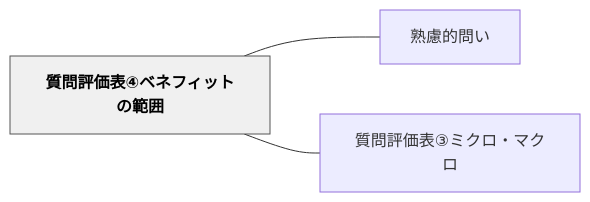
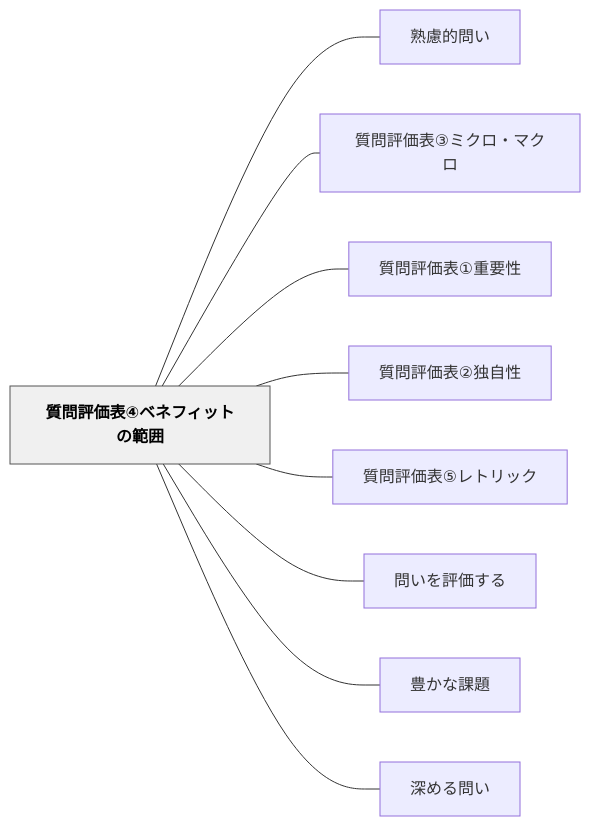
Before and after one commit to unknownthings-ed-patterns/unknownthings-ed-patterns: the diagram in content/パタン/質問評価表④ベネフィットの範囲.md, drawn with Mermaid. The commit also changed other lines of this file and 44 other files, not shown here.

````diff
--- a/content/パタン/質問評価表④ベネフィットの範囲.md
+++ b/content/パタン/質問評価表④ベネフィットの範囲.md
@@ -47,12 +53,24 @@
 ```mermaid
 flowchart LR
     ne8b3aae5958fe8a995e4bea1e8a1a8e291a3e38399e3838de38395e382a3e38383e38388e381aee7af84e59bb2["質問評価表④ベネフィットの範囲"]
     ne7869fe685aee79a84e5958fe38184["熟慮的問い"]
     ne8b3aae5958fe8a995e4bea1e8a1a8e291a2e3839fe382afe383ade383bbe3839ee382afe383ad["質問評価表③ミクロ・マクロ"]
+    ne8b3aae5958fe8a995e4bea1e8a1a8e291a0e9878de8a681e680a7["質問評価表①重要性"]
+    ne8b3aae5958fe8a995e4bea1e8a1a8e291a1e78bace887aae680a7["質問評価表②独自性"]
+    ne8b3aae5958fe8a995e4bea1e8a1a8e291a4e383ace38388e383aae38383e382af["質問評価表⑤レトリック"]
+    ne5958fe38184e38292e8a995e4bea1e38199e3828b["問いを評価する"]
+    ne8b18ae3818be381aae8aab2e9a18c["豊かな課題"]
+    ne6b7b1e38281e3828be5958fe38184["深める問い"]
 
     ne8b3aae5958fe8a995e4bea1e8a1a8e291a3e38399e3838de38395e382a3e38383e38388e381aee7af84e59bb2 --- ne7869fe685aee79a84e5958fe38184
     ne8b3aae5958fe8a995e4bea1e8a1a8e291a3e38399e3838de38395e382a3e38383e38388e381aee7af84e59bb2 --- ne8b3aae5958fe8a995e4bea1e8a1a8e291a2e3839fe382afe383ade383bbe3839ee382afe383ad
+    ne8b3aae5958fe8a995e4bea1e8a1a8e291a3e38399e3838de38395e382a3e38383e38388e381aee7af84e59bb2 --- ne8b3aae5958fe8a995e4bea1e8a1a8e291a0e9878de8a681e680a7
+    ne8b3aae5958fe8a995e4bea1e8a1a8e291a3e38399e3838de38395e382a3e38383e38388e381aee7af84e59bb2 --- ne8b3aae5958fe8a995e4bea1e8a1a8e291a1e78bace887aae680a7
+    ne8b3aae5958fe8a995e4bea1e8a1a8e291a3e38399e3838de38395e382a3e38383e38388e381aee7af84e59bb2 --- ne8b3aae5958fe8a995e4bea1e8a1a8e291a4e383ace38388e383aae38383e382af
+    ne8b3aae5958fe8a995e4bea1e8a1a8e291a3e38399e3838de38395e382a3e38383e38388e381aee7af84e59bb2 --- ne5958fe38184e38292e8a995e4bea1e38199e3828b
+    ne8b3aae5958fe8a995e4bea1e8a1a8e291a3e38399e3838de38395e382a3e38383e38388e381aee7af84e59bb2 --- ne8b18ae3818be381aae8aab2e9a18c
+    ne8b3aae5958fe8a995e4bea1e8a1a8e291a3e38399e3838de38395e382a3e38383e38388e381aee7af84e59bb2 --- ne6b7b1e38281e3828be5958fe38184
 
     classDef hub fill:#f0f0f0,stroke:#555,color:#000,font-weight:bold
     class ne8b3aae5958fe8a995e4bea1e8a1a8e291a3e38399e3838de38395e382a3e38383e38388e381aee7af84e59bb2 hub
 ```
````
